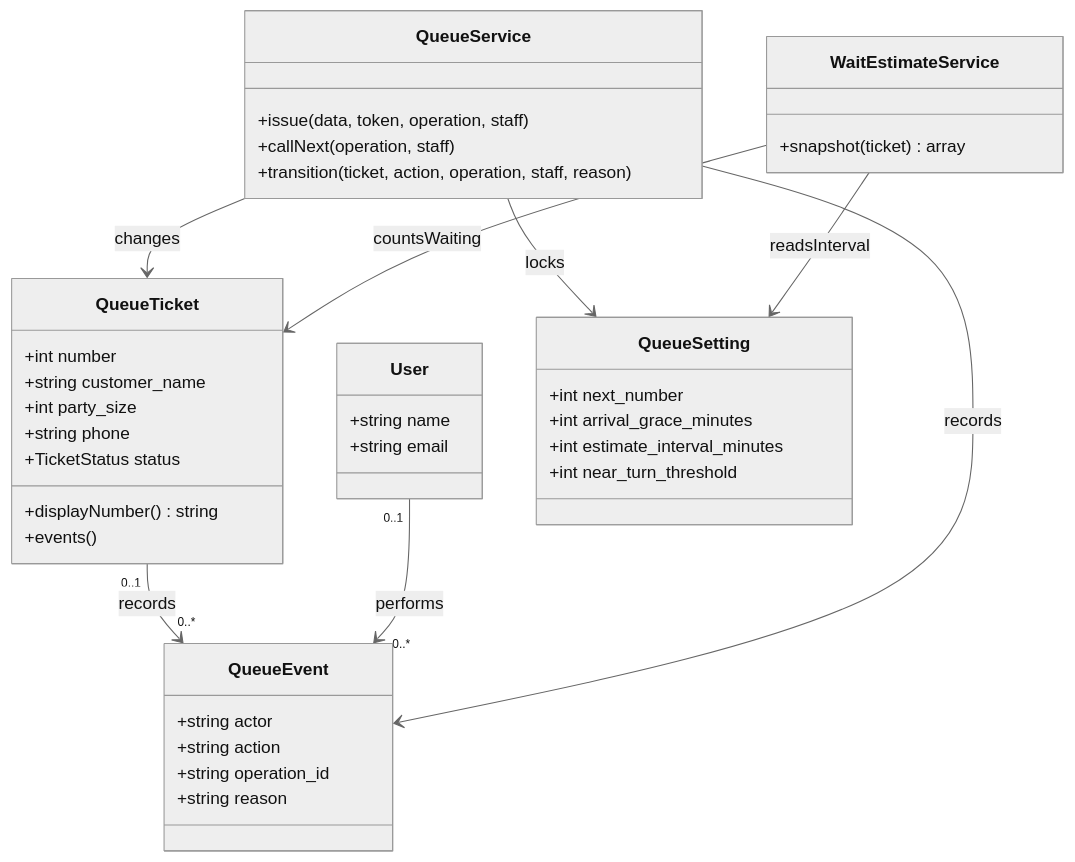
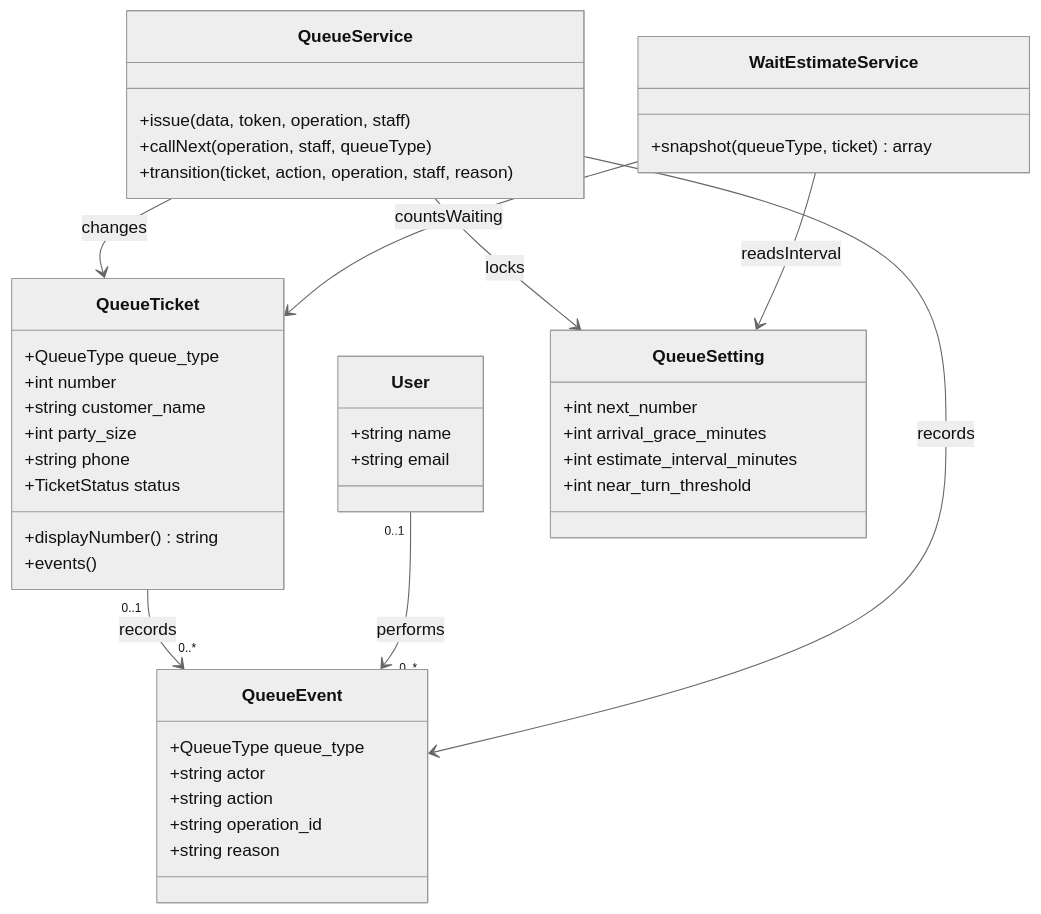
One commit to Sragastiya/Digital-Queing-System changed the first of 4 diagrams in docs/design.md. Above: the diagram before and after it, drawn with Mermaid (neutral theme). The commit also changed other lines of this file and 26 other files, not shown here.

````diff
--- a/docs/design.md
+++ b/docs/design.md
@@ -11,43 +13,45 @@
 ```mermaid
 classDiagram
 class QueueTicket {
+ +QueueType queue_type
  +int number
  +string customer_name
  +int party_size
  +string phone
  +TicketStatus status
  +displayNumber() string
  +events()
 }
 class User {
  +string name
  +string email
 }
 class QueueSetting {
  +int next_number
  +int arrival_grace_minutes
  +int estimate_interval_minutes
  +int near_turn_threshold
 }
 class QueueEvent {
+ +QueueType queue_type
  +string actor
  +string action
  +string operation_id
  +string reason
 }
 class QueueService {
  +issue(data, token, operation, staff)
- +callNext(operation, staff)
+ +callNext(operation, staff, queueType)
  +transition(ticket, action, operation, staff, reason)
 }
 class WaitEstimateService {
- +snapshot(ticket) array
+ +snapshot(queueType, ticket) array
 }
 QueueTicket "0..1" --> "0..*" QueueEvent : records
 User "0..1" --> "0..*" QueueEvent : performs
 QueueService --> QueueSetting : locks
 QueueService --> QueueTicket : changes
 QueueService --> QueueEvent : records
 WaitEstimateService --> QueueTicket : countsWaiting
 WaitEstimateService --> QueueSetting : readsInterval
 ```
````
